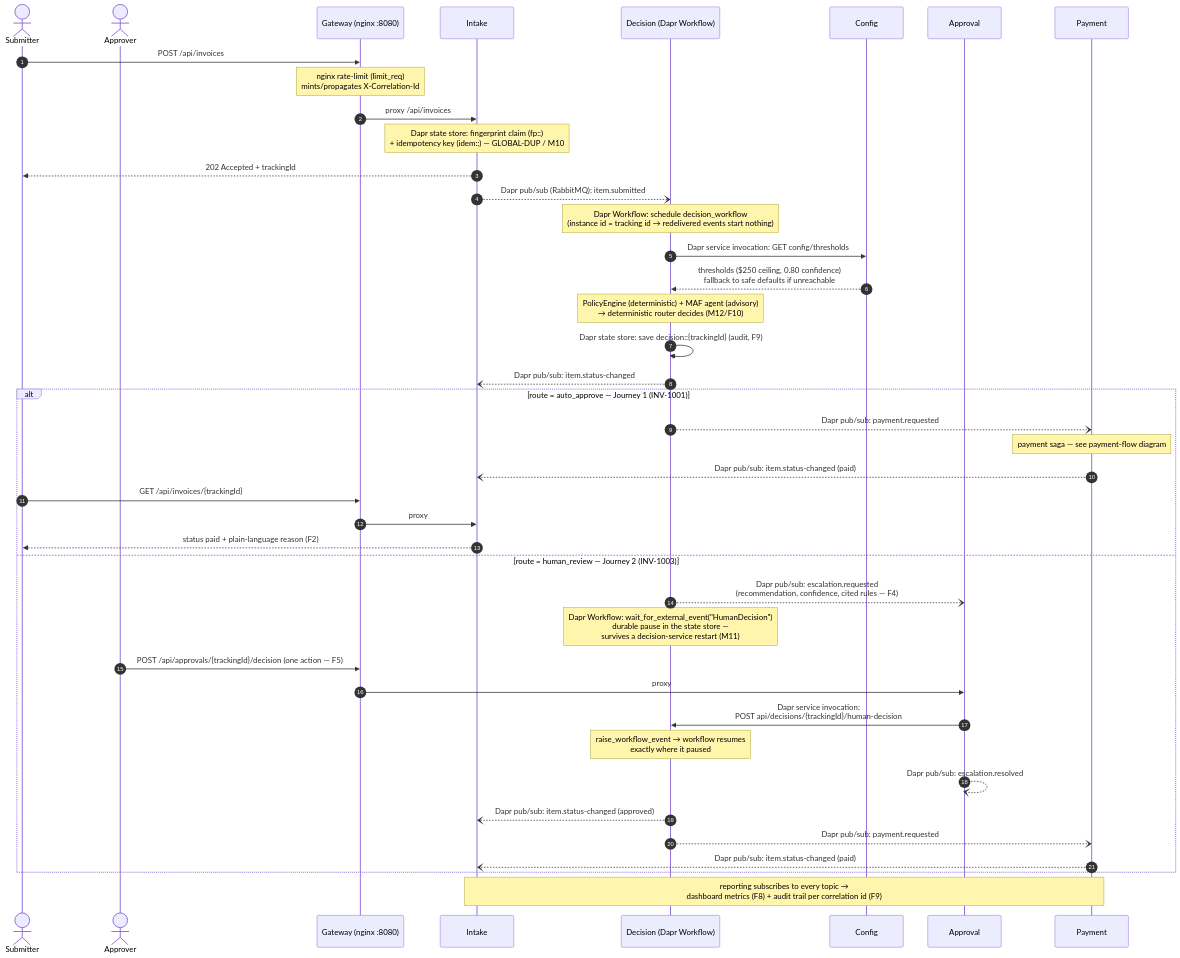
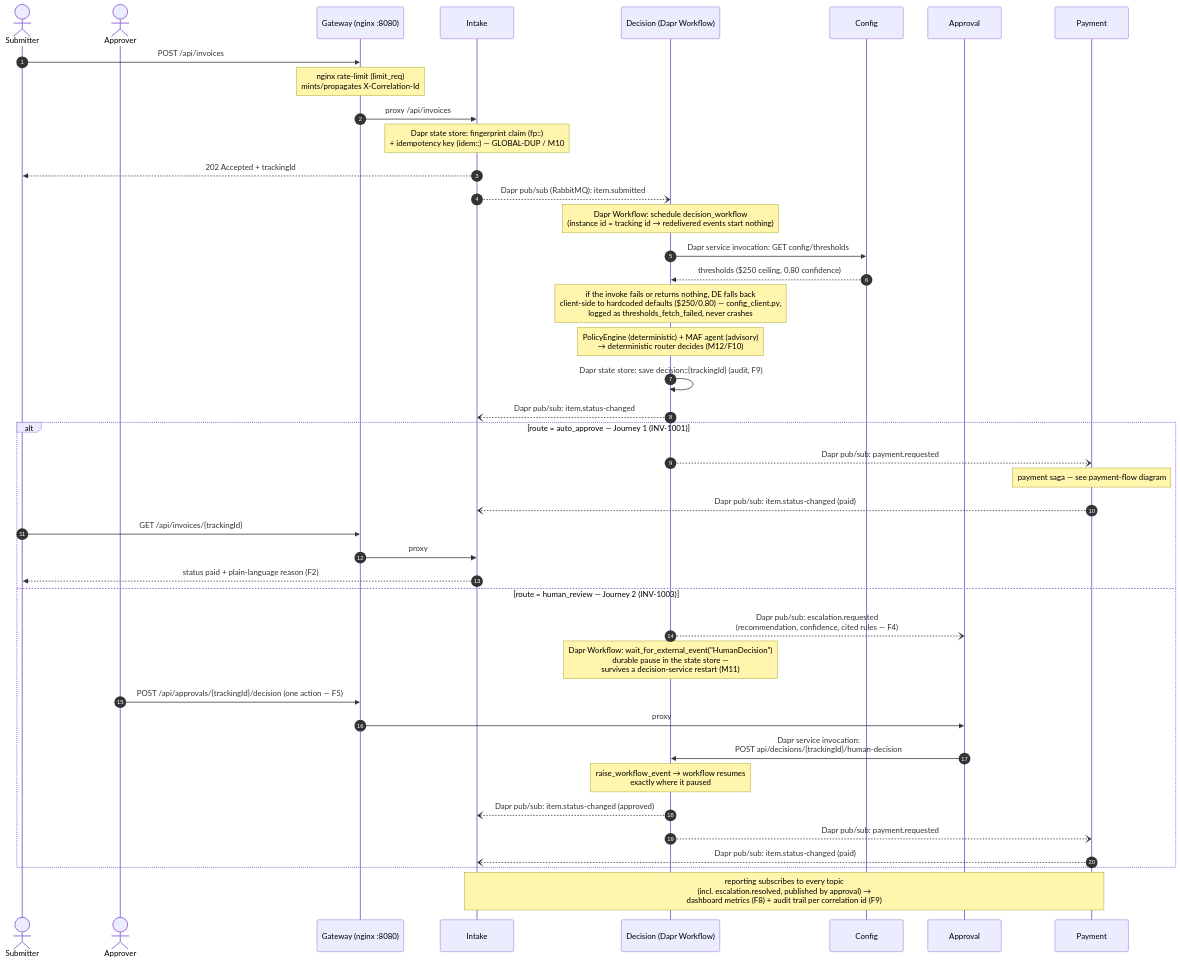
Before and after one commit to keronell/APPROVALFLOW-InvoiceAndExpenseApprovalPlatform: the first of 2 diagrams in README.md, drawn with Mermaid. The commit also changed 1 other file, not shown here.

Commit message:
docs: fix diagram accuracy - fallback is client-side, resolved event goes to reporting
Two review corrections to the journey sequence diagram (applied identically
in docs/ARCHITECTURE.md and README.md, blocks re-verified byte-identical):

- The safe-defaults fallback was drawn on the config reply arrow, implying
  the config service has fallback logic. It doesn't: the fallback lives
  client-side in decision's config_client.py catch block when the invoke
  itself fails or returns nothing. Now a note on DE's side ("falls back
  client-side to hardcoded defaults ($250/0.80) ... logged as
  thresholds_fetch_failed, never crashes").
- Removed the AP--)AP escalation.resolved self-message: approval publishes
  that event but does not subscribe to it; reporting consumes it. Folded
  into the closing reporting note instead.

````diff
--- a/README.md
+++ b/README.md
@@ -65,47 +65,47 @@
 ```mermaid
 sequenceDiagram
     autonumber
     actor Submitter
     actor Approver
     participant GW as Gateway (nginx :8080)
     participant IN as Intake
     participant DE as Decision (Dapr Workflow)
     participant CF as Config
     participant AP as Approval
     participant PA as Payment
 
     Submitter->>GW: POST /api/invoices
     Note over GW: nginx rate-limit (limit_req)<br/>mints/propagates X-Correlation-Id
     GW->>IN: proxy /api/invoices
     Note over IN: Dapr state store: fingerprint claim (fp::)<br/>+ idempotency key (idem::) — GLOBAL-DUP / M10
     IN-->>Submitter: 202 Accepted + trackingId
     IN--)DE: Dapr pub/sub (RabbitMQ): item.submitted
     Note over DE: Dapr Workflow: schedule decision_workflow<br/>(instance id = tracking id → redelivered events start nothing)
     DE->>CF: Dapr service invocation: GET config/thresholds
-    CF-->>DE: thresholds ($250 ceiling, 0.80 confidence)<br/>fallback to safe defaults if unreachable
+    CF-->>DE: thresholds ($250 ceiling, 0.80 confidence)
+    Note over DE: if the invoke fails or returns nothing, DE falls back<br/>client-side to hardcoded defaults ($250/0.80) — config_client.py,<br/>logged as thresholds_fetch_failed, never crashes
     Note over DE: PolicyEngine (deterministic) + MAF agent (advisory)<br/>→ deterministic router decides (M12/F10)
     DE->>DE: Dapr state store: save decision::{trackingId} (audit, F9)
     DE--)IN: Dapr pub/sub: item.status-changed
 
     alt route = auto_approve — Journey 1 (INV-1001)
         DE--)PA: Dapr pub/sub: payment.requested
         Note over PA: payment saga — see payment-flow diagram
         PA--)IN: Dapr pub/sub: item.status-changed (paid)
         Submitter->>GW: GET /api/invoices/{trackingId}
         GW->>IN: proxy
         IN-->>Submitter: status paid + plain-language reason (F2)
     else route = human_review — Journey 2 (INV-1003)
         DE--)AP: Dapr pub/sub: escalation.requested<br/>(recommendation, confidence, cited rules — F4)
         Note over DE: Dapr Workflow: wait_for_external_event("HumanDecision")<br/>durable pause in the state store —<br/>survives a decision-service restart (M11)
         Approver->>GW: POST /api/approvals/{trackingId}/decision (one action — F5)
         GW->>AP: proxy
         AP->>DE: Dapr service invocation:<br/>POST api/decisions/{trackingId}/human-decision
         Note over DE: raise_workflow_event → workflow resumes<br/>exactly where it paused
-        AP--)AP: Dapr pub/sub: escalation.resolved
         DE--)IN: Dapr pub/sub: item.status-changed (approved)
         DE--)PA: Dapr pub/sub: payment.requested
         PA--)IN: Dapr pub/sub: item.status-changed (paid)
     end
 
-    Note over IN,PA: reporting subscribes to every topic →<br/>dashboard metrics (F8) + audit trail per correlation id (F9)
+    Note over IN,PA: reporting subscribes to every topic<br/>(incl. escalation.resolved, published by approval) →<br/>dashboard metrics (F8) + audit trail per correlation id (F9)
 ```
````
